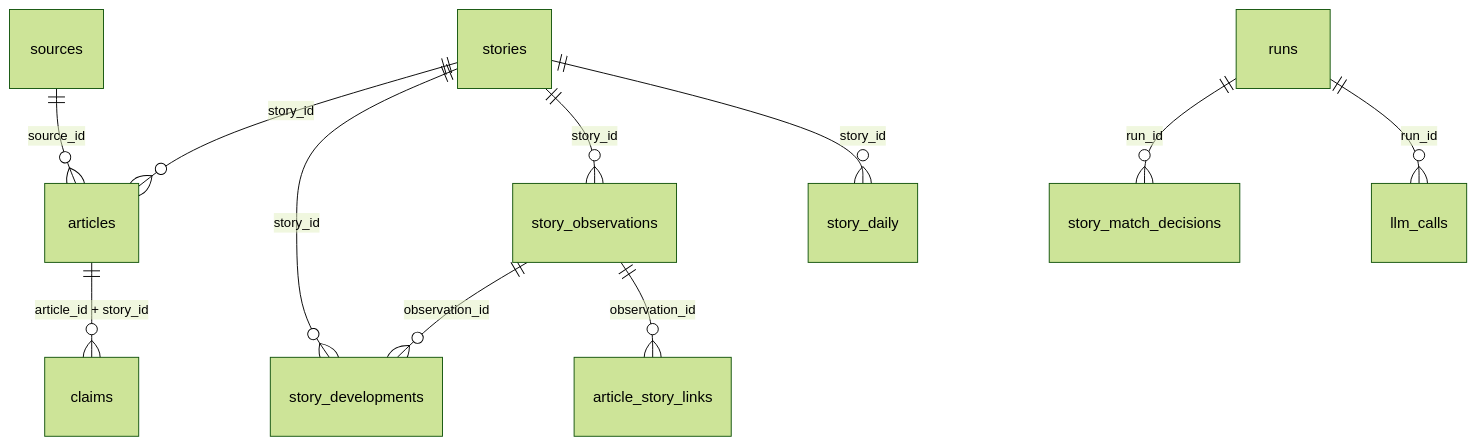
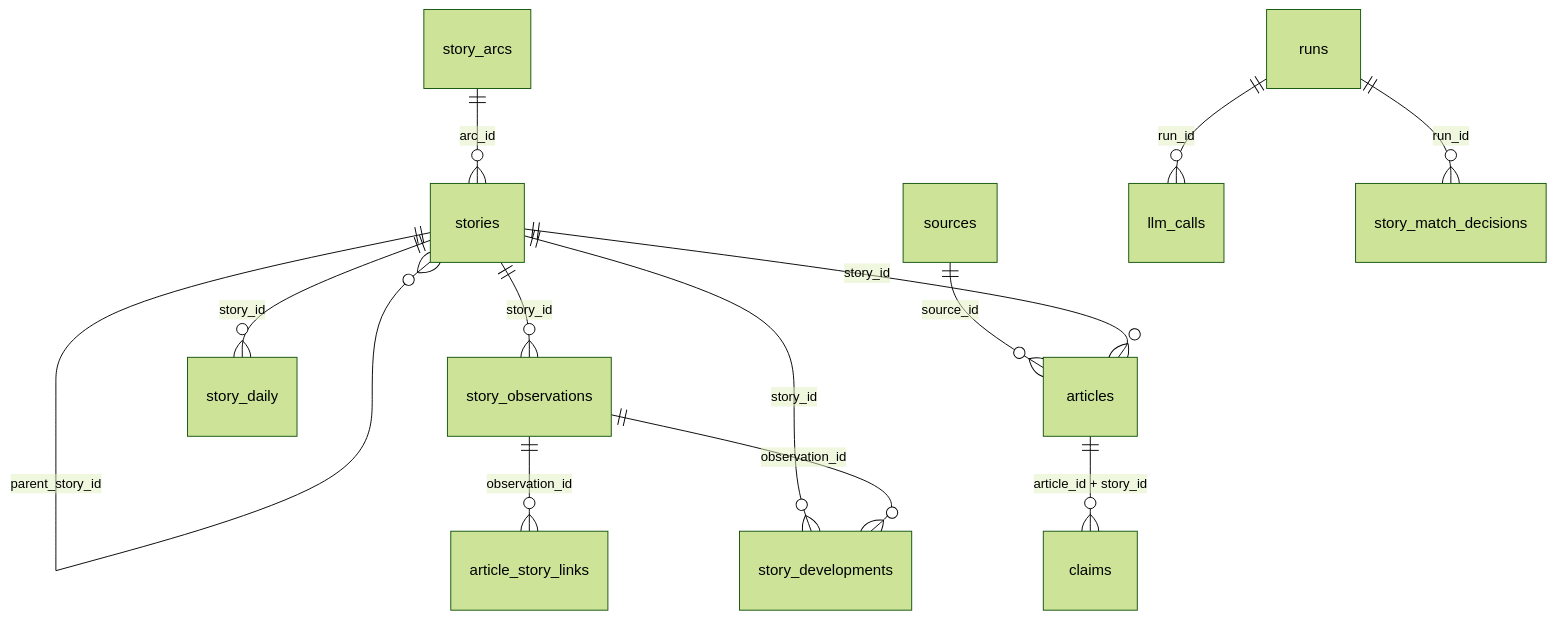
Before and after one commit to MecGlandorff/News: the diagram in docs/database-guide.md, drawn with Mermaid (forest theme). The commit also changed other lines of this file and 23 other files, not shown here.

````diff
--- a/docs/database-guide.md
+++ b/docs/database-guide.md
@@ -33,13 +33,15 @@
 ```mermaid
 erDiagram
     sources ||--o{ articles : "source_id"
+    story_arcs ||--o{ stories : "arc_id"
+    stories ||--o{ stories : "parent_story_id"
     stories ||--o{ story_daily : "story_id"
     stories ||--o{ story_observations : "story_id"
     stories ||--o{ story_developments : "story_id"
     stories ||--o{ articles : "story_id"
     story_observations ||--o{ article_story_links : "observation_id"
     story_observations ||--o{ story_developments : "observation_id"
     articles ||--o{ claims : "article_id + story_id"
     runs ||--o{ llm_calls : "run_id"
     runs ||--o{ story_match_decisions : "run_id"
 ```
````
